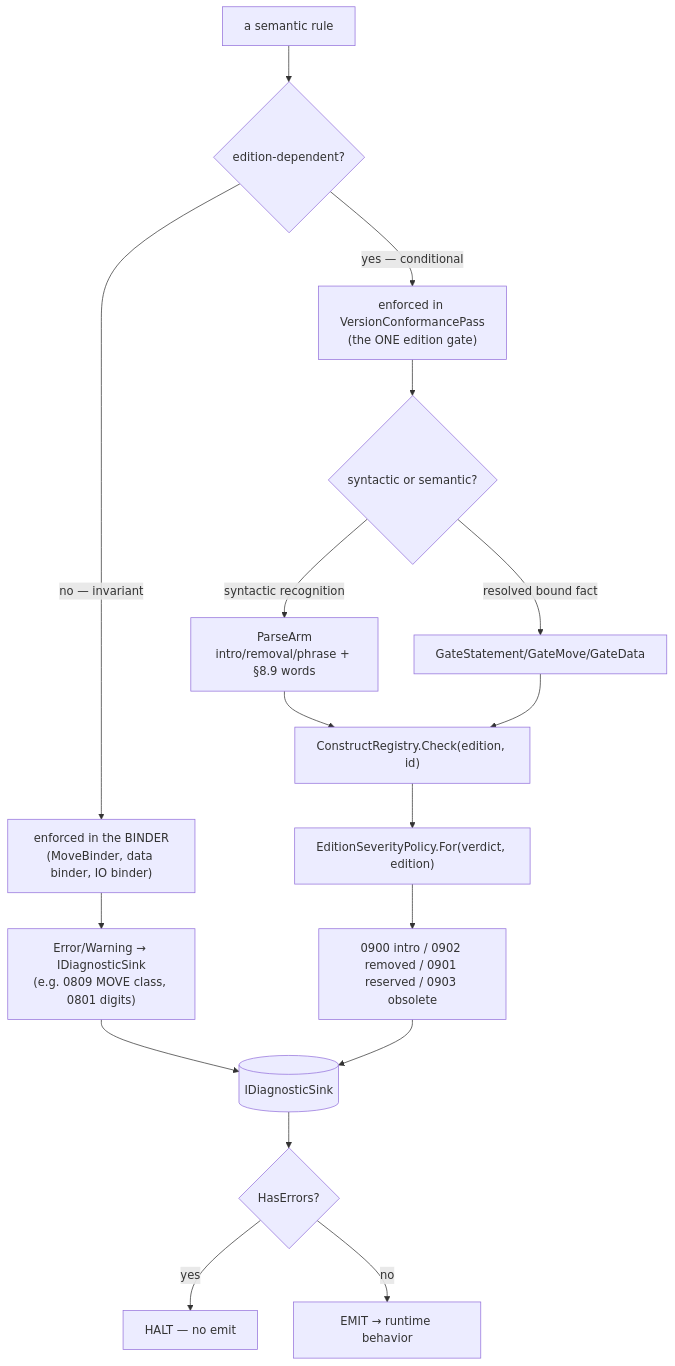
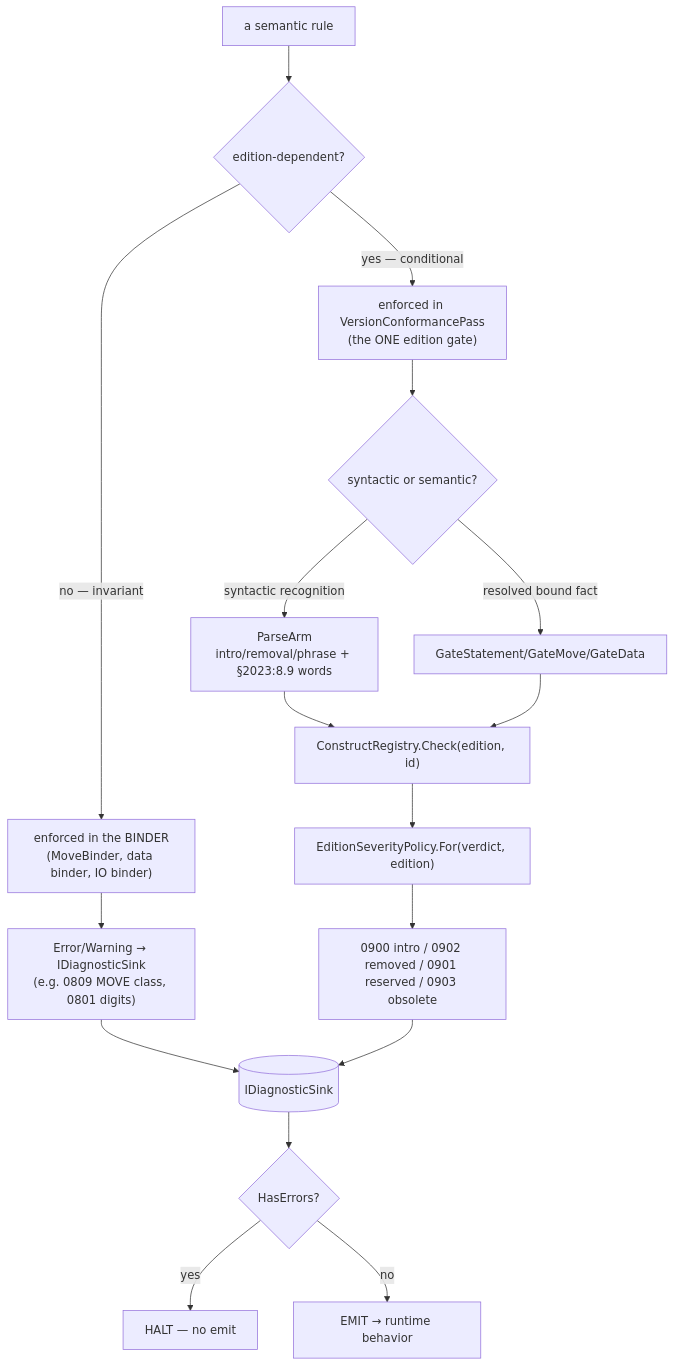
One commit to WiseOwlSoftware/COBOL changed the diagram in kb/Diagrams/Semantic Rule Flow.md. Above: the diagram before and after it, drawn with Mermaid. The commit also changed other lines of this file and 6309 other files, not shown here.

````diff
--- a/kb/Diagrams/Semantic Rule Flow.md
+++ b/kb/Diagrams/Semantic Rule Flow.md
@@ -18,19 +18,19 @@
 ```mermaid
 flowchart TD
     RULE["a semantic rule"] --> Q{"edition-dependent?"}
     Q -->|no — invariant| BIND["enforced in the BINDER\n(MoveBinder, data binder, IO binder)"]
     Q -->|yes — conditional| PASS["enforced in VersionConformancePass\n(the ONE edition gate)"]
     BIND --> D1["Error/Warning → IDiagnosticSink\n(e.g. 0809 MOVE class, 0801 digits)"]
     PASS --> ARM{"syntactic or semantic?"}
-    ARM -->|syntactic recognition| PARSEARM["ParseArm\nintro/removal/phrase + §8.9 words"]
+    ARM -->|syntactic recognition| PARSEARM["ParseArm\nintro/removal/phrase + §2023:8.9 words"]
     ARM -->|resolved bound fact| BOUNDARM["GateStatement/GateMove/GateData"]
     PARSEARM --> CHECK["ConstructRegistry.Check(edition, id)"]
     BOUNDARM --> CHECK
     CHECK --> SEV["EditionSeverityPolicy.For(verdict, edition)"]
     SEV --> D2["0900 intro / 0902 removed / 0901 reserved / 0903 obsolete"]
     D1 --> SINK[("IDiagnosticSink")]
     D2 --> SINK
     SINK --> HALT{"HasErrors?"}
     HALT -->|yes| STOP["HALT — no emit"]
     HALT -->|no| EMIT["EMIT → runtime behavior"]
 ```
````
